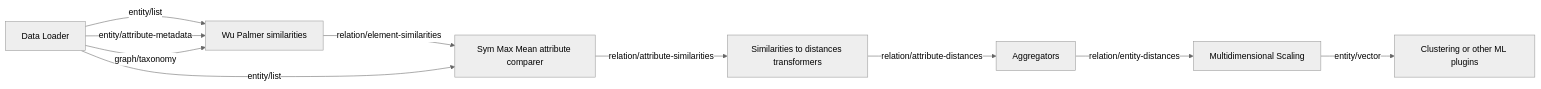
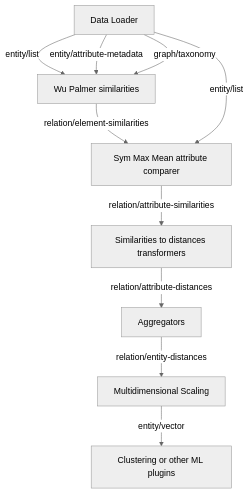
Before and after one commit to UST-QuAntiL/qhana-plugin-runner: the diagram in docs/wu-palmer-pipeline.md, drawn with Mermaid (neutral theme). The commit also changed other lines of this file, not shown here.

Commit message:
Address Wu-Palmer documentation review

````diff
--- a/docs/wu-palmer-pipeline.md
+++ b/docs/wu-palmer-pipeline.md
@@ -21,12 +27,20 @@
 ```{mermaid}
-flowchart LR
-    A[Data Loader] -->|entity/list| B[Wu Palmer similarities]
+flowchart TD
+    A[Data Loader]
+    B[Wu Palmer similarities]
+    C[Sym Max Mean attribute comparer]
+    D[Similarities to distances transformers]
+    E[Aggregators]
+    F[Multidimensional Scaling]
+    G[Clustering or other ML plugins]
+
+    A -->|entity/list| B
     A -->|entity/attribute-metadata| B
     A -->|graph/taxonomy| B
-    B -->|relation/element-similarities| C[Sym Max Mean attribute comparer]
+    B -->|relation/element-similarities| C
     A -->|entity/list| C
-    C -->|relation/attribute-similarities| D[Similarities to distances transformers]
-    D -->|relation/attribute-distances| E[Aggregators]
-    E -->|relation/entity-distances| F[Multidimensional Scaling]
-    F -->|entity/vector| G[Clustering or other ML plugins]
+    C -->|relation/attribute-similarities| D
+    D -->|relation/attribute-distances| E
+    E -->|relation/entity-distances| F
+    F -->|entity/vector| G
 ```
````
